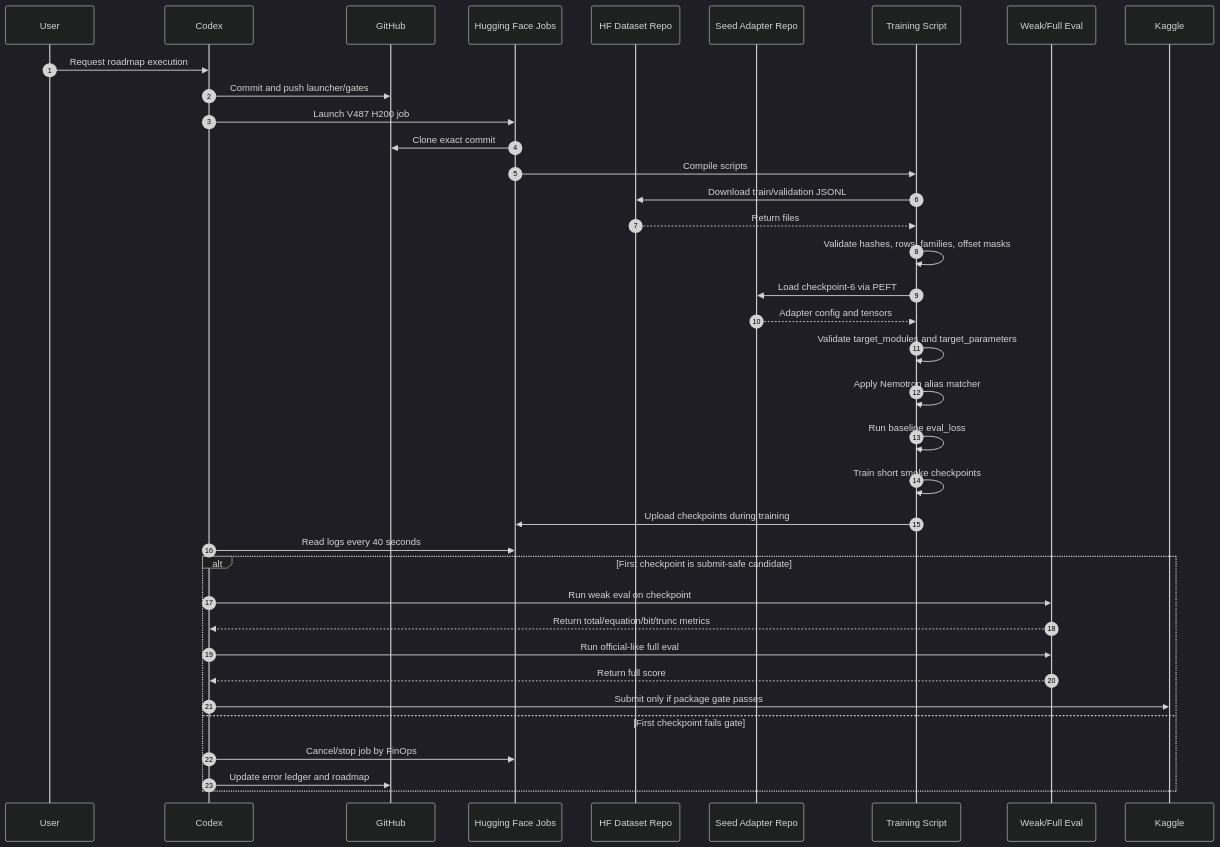
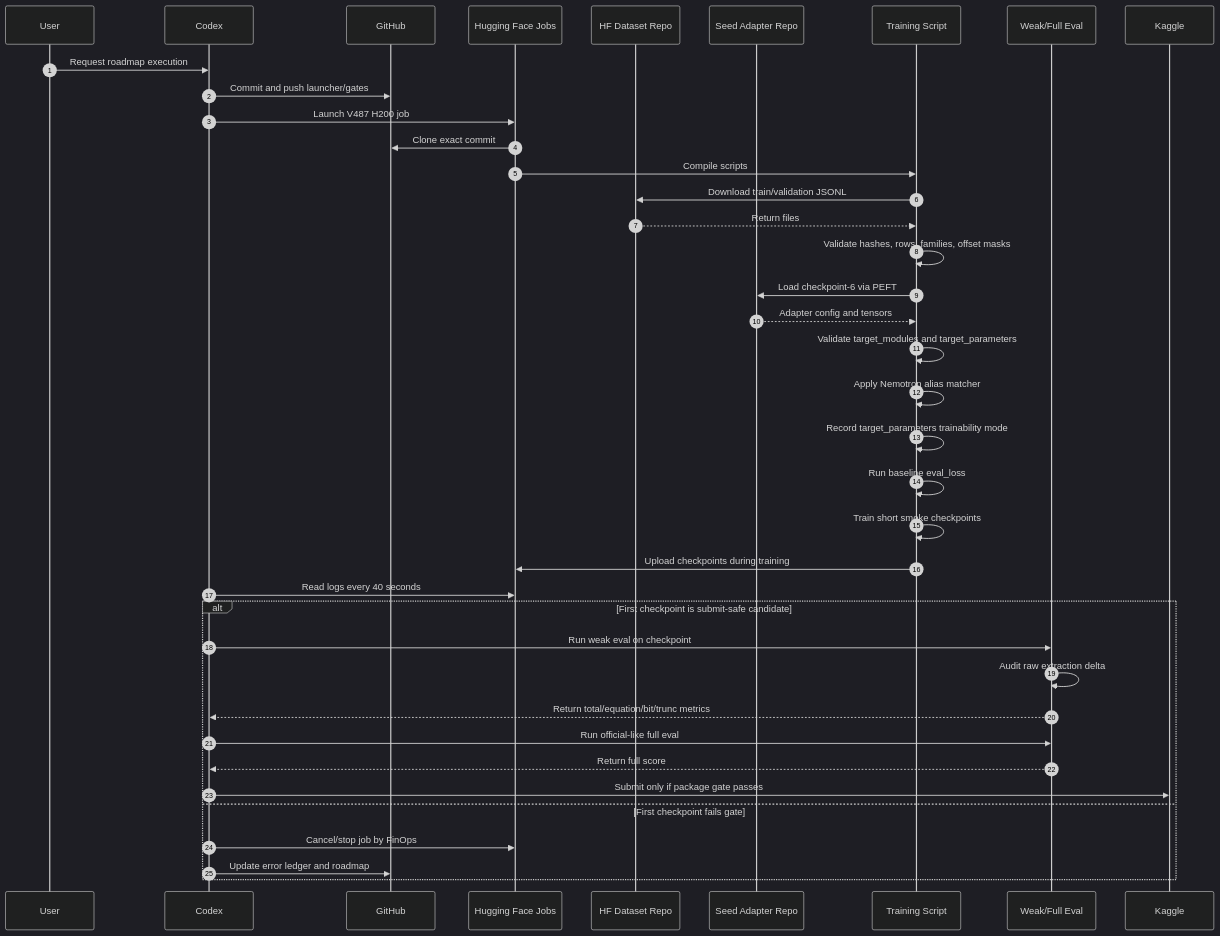
One commit to FELIPEACASTRO/KG1-NVIDIA changed the third of 4 diagrams in artifacts/roadmaps/KG1_SOLUTION_ARCHITECTURE_MERMAID_2026_05_16.md. Above: the diagram before and after it, drawn with Mermaid (dark theme). The commit also changed other lines of this file and 14 other files, not shown here.

Commit message:
Fix KG1 metric and trainability audit gaps

````diff
--- a/artifacts/roadmaps/KG1_SOLUTION_ARCHITECTURE_MERMAID_2026_05_16.md
+++ b/artifacts/roadmaps/KG1_SOLUTION_ARCHITECTURE_MERMAID_2026_05_16.md
@@ -120,41 +144,43 @@
 ```mermaid
 sequenceDiagram
   autonumber
   participant User
   participant Codex
   participant GitHub
   participant HF as Hugging Face Jobs
   participant Data as HF Dataset Repo
   participant Adapter as Seed Adapter Repo
   participant Train as Training Script
   participant Eval as Weak/Full Eval
   participant Kaggle
 
   User->>Codex: Request roadmap execution
   Codex->>GitHub: Commit and push launcher/gates
   Codex->>HF: Launch V487 H200 job
   HF->>GitHub: Clone exact commit
   HF->>Train: Compile scripts
   Train->>Data: Download train/validation JSONL
   Data-->>Train: Return files
   Train->>Train: Validate hashes, rows, families, offset masks
   Train->>Adapter: Load checkpoint-6 via PEFT
   Adapter-->>Train: Adapter config and tensors
   Train->>Train: Validate target_modules and target_parameters
   Train->>Train: Apply Nemotron alias matcher
+  Train->>Train: Record target_parameters trainability mode
   Train->>Train: Run baseline eval_loss
   Train->>Train: Train short smoke checkpoints
   Train->>HF: Upload checkpoints during training
   Codex->>HF: Read logs every 40 seconds
 
   alt First checkpoint is submit-safe candidate
     Codex->>Eval: Run weak eval on checkpoint
+    Eval->>Eval: Audit raw extraction delta
     Eval-->>Codex: Return total/equation/bit/trunc metrics
     Codex->>Eval: Run official-like full eval
     Eval-->>Codex: Return full score
     Codex->>Kaggle: Submit only if package gate passes
   else First checkpoint fails gate
     Codex->>HF: Cancel/stop job by FinOps
     Codex->>GitHub: Update error ledger and roadmap
   end
 ```
````
